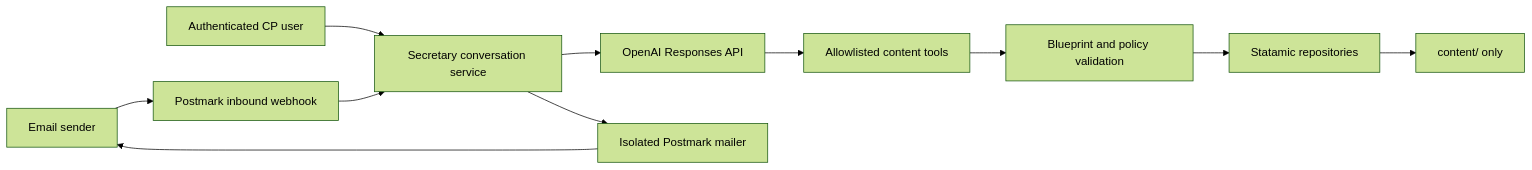
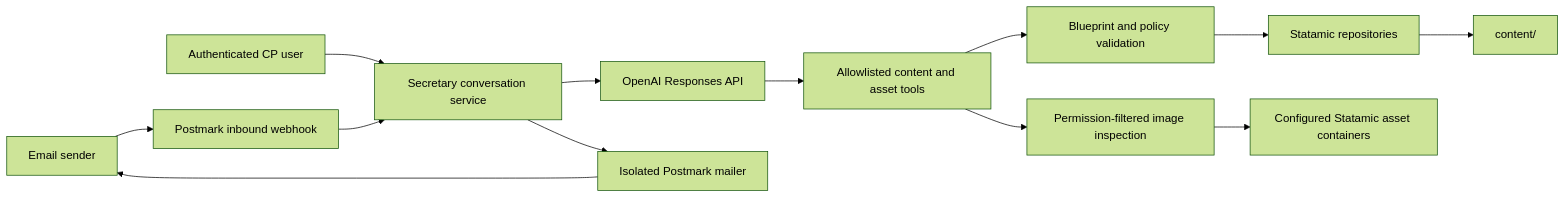
Before and after one commit to axelferdinand/statamic-secretary: the diagram in docs/architecture.md, drawn with Mermaid (forest theme). The commit also changed other lines of this file and 70 other files, not shown here.

````diff
--- a/docs/architecture.md
+++ b/docs/architecture.md
@@ -11,13 +11,15 @@
 ```mermaid
 flowchart LR
     E["Email sender"] --> P["Postmark inbound webhook"]
     C["Authenticated CP user"] --> A["Secretary conversation service"]
     P --> A
     A --> O["OpenAI Responses API"]
-    O --> T["Allowlisted content tools"]
+    O --> T["Allowlisted content and asset tools"]
     T --> V["Blueprint and policy validation"]
     V --> S["Statamic repositories"]
-    S --> F["content/ only"]
+    S --> F["content/"]
+    T --> I["Permission-filtered image inspection"]
+    I --> X["Configured Statamic asset containers"]
     A --> M["Isolated Postmark mailer"]
     M --> E
 ```
````
